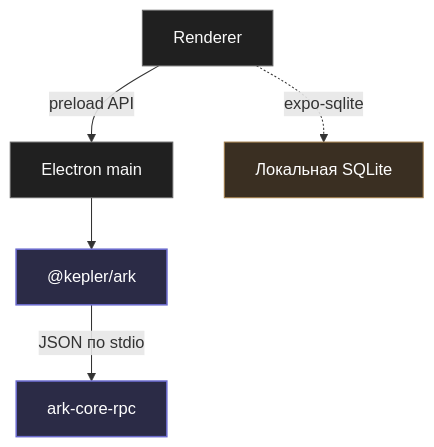
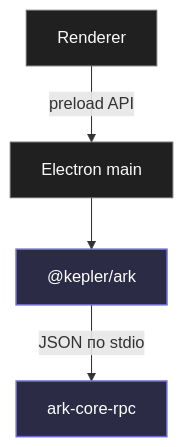
The diagram in docs-site/concepts/architecture.md (makekosmos/cortex), drawn with Mermaid before and after one commit. The commit also changed 90 other files, not shown here.

````diff
--- a/docs-site/concepts/architecture.md
+++ b/docs-site/concepts/architecture.md
@@ -5,21 +5,17 @@
 ```mermaid
 flowchart TD
   R["Renderer"]
   M["Electron main"]
   SDK["@kepler/ark"]
   RPC["ark-core-rpc"]
-  EXPO["Локальная SQLite"]
 
   R -- "preload API" --> M
-  R -. "expo-sqlite" .-> EXPO
   M --> SDK
   SDK -- "JSON по stdio" --> RPC
 
   classDef canon fill:#2b2b46,stroke:#6b6bcd,color:#fff,stroke-width:1.5px
   classDef neutral fill:#202020,stroke:#666,color:#fafafa
-  classDef legacy fill:#3a2f22,stroke:#a07c4a,color:#fff
 
   class RPC,SDK canon
   class R,M neutral
-  class EXPO legacy
 ```
````
